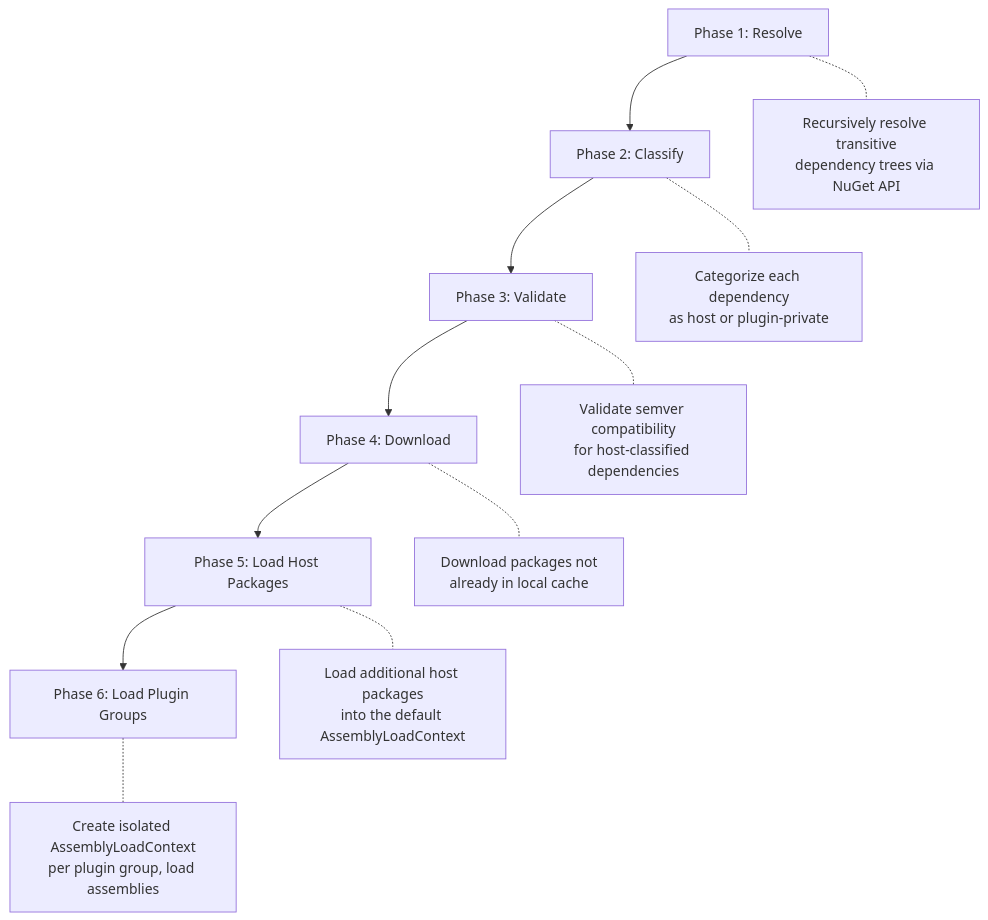
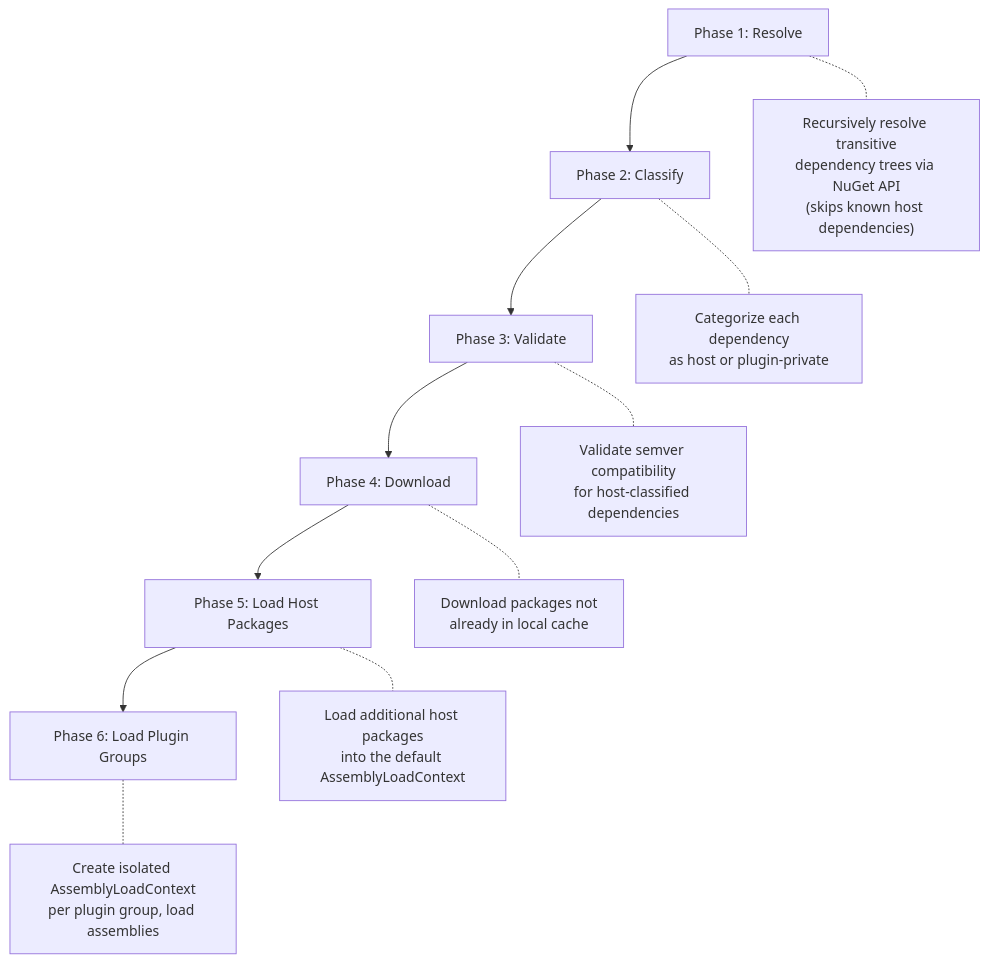
One commit to RicoSuter/Namotion.Interceptor changed the first of 2 diagrams in src/HomeBlaze/Namotion.NuGet.Plugins/README.md. Above: the diagram before and after it, drawn with Mermaid. The commit also changed other lines of this file and 31 other files, not shown here.

````diff
--- a/src/HomeBlaze/Namotion.NuGet.Plugins/README.md
+++ b/src/HomeBlaze/Namotion.NuGet.Plugins/README.md
@@ -89,15 +89,15 @@
 ```mermaid
 flowchart TD
     A["Phase 1: Resolve"] --> B["Phase 2: Classify"]
     B --> C["Phase 3: Validate"]
     C --> D["Phase 4: Download"]
     D --> E["Phase 5: Load Host Packages"]
     E --> F["Phase 6: Load Plugin Groups"]
 
-    A -.- A1["Recursively resolve transitive\ndependency trees via NuGet API"]
+    A -.- A1["Recursively resolve transitive\ndependency trees via NuGet API\n(skips known host dependencies)"]
     B -.- B1["Categorize each dependency\nas host or plugin-private"]
     C -.- C1["Validate semver compatibility\nfor host-classified dependencies"]
     D -.- D1["Download packages not\nalready in local cache"]
     E -.- E1["Load additional host packages\ninto the default AssemblyLoadContext"]
     F -.- F1["Create isolated AssemblyLoadContext\nper plugin group, load assemblies"]
 ```
````
